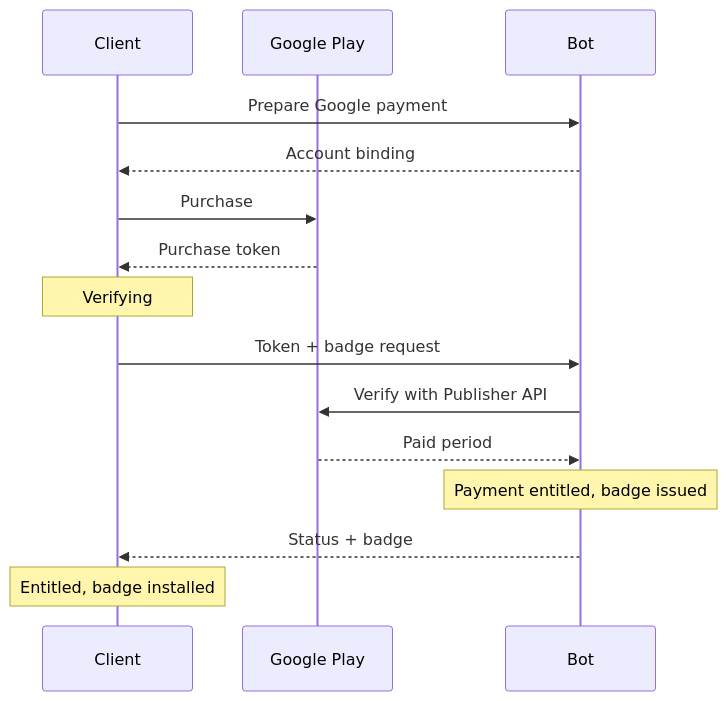
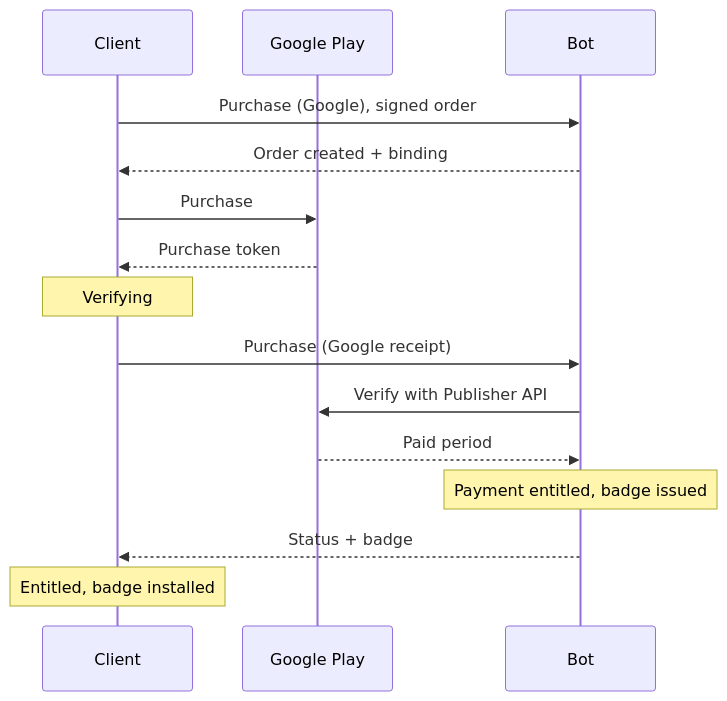
One commit to simplex-chat/simplex-chat changed the fourth of 12 diagrams in plans/2026-07-20-supporter-badges-v2-product.md. Above: the diagram before and after it, drawn with Mermaid. The commit also changed other lines of this file and 3 other files, not shown here.

Commit message:
docs: rework badge plans to order-centric protocol

````diff
--- a/plans/2026-07-20-supporter-badges-v2-product.md
+++ b/plans/2026-07-20-supporter-badges-v2-product.md
@@ -154,17 +158,17 @@
 ```mermaid
 sequenceDiagram
   participant C as Client
   participant G as Google Play
   participant B as Bot
-  C->>B: Prepare Google payment
-  B-->>C: Account binding
+  C->>B: Purchase (Google), signed order
+  B-->>C: Order created + binding
   C->>G: Purchase
   G-->>C: Purchase token
   Note over C: Verifying
-  C->>B: Token + badge request
+  C->>B: Purchase (Google receipt)
   B->>G: Verify with Publisher API
   G-->>B: Paid period
   Note over B: Payment entitled, badge issued
   B-->>C: Status + badge
   Note over C: Entitled, badge installed
 ```
````
